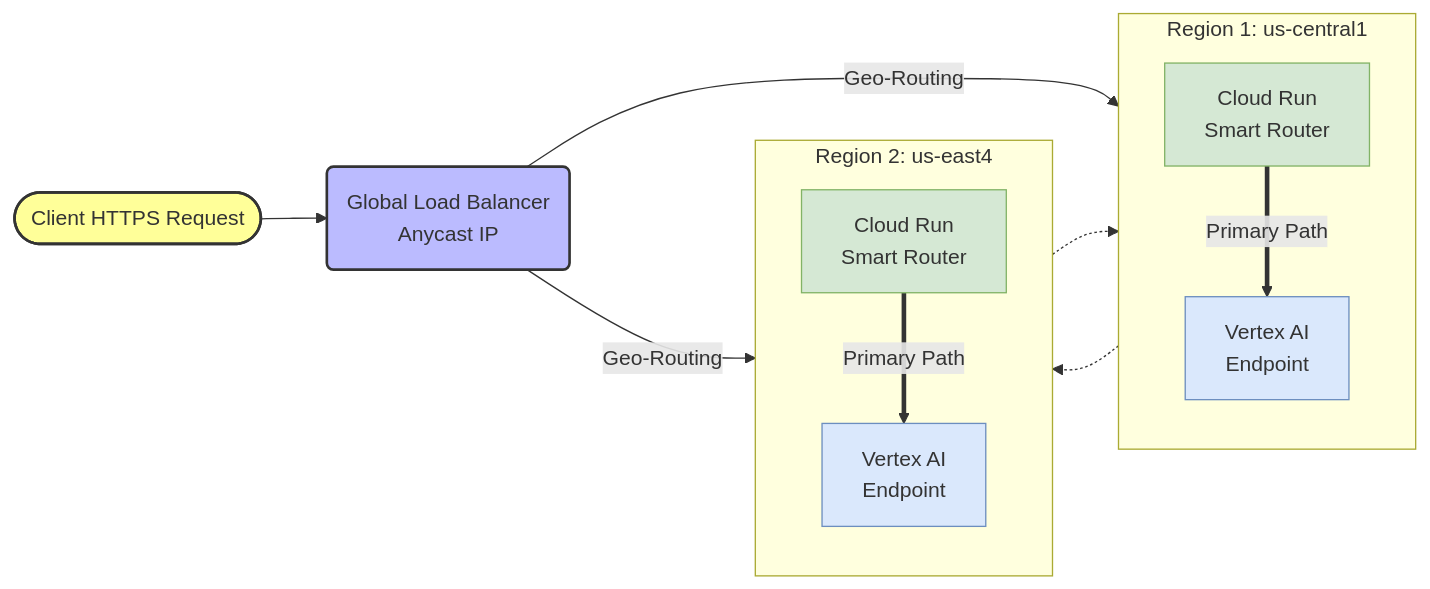
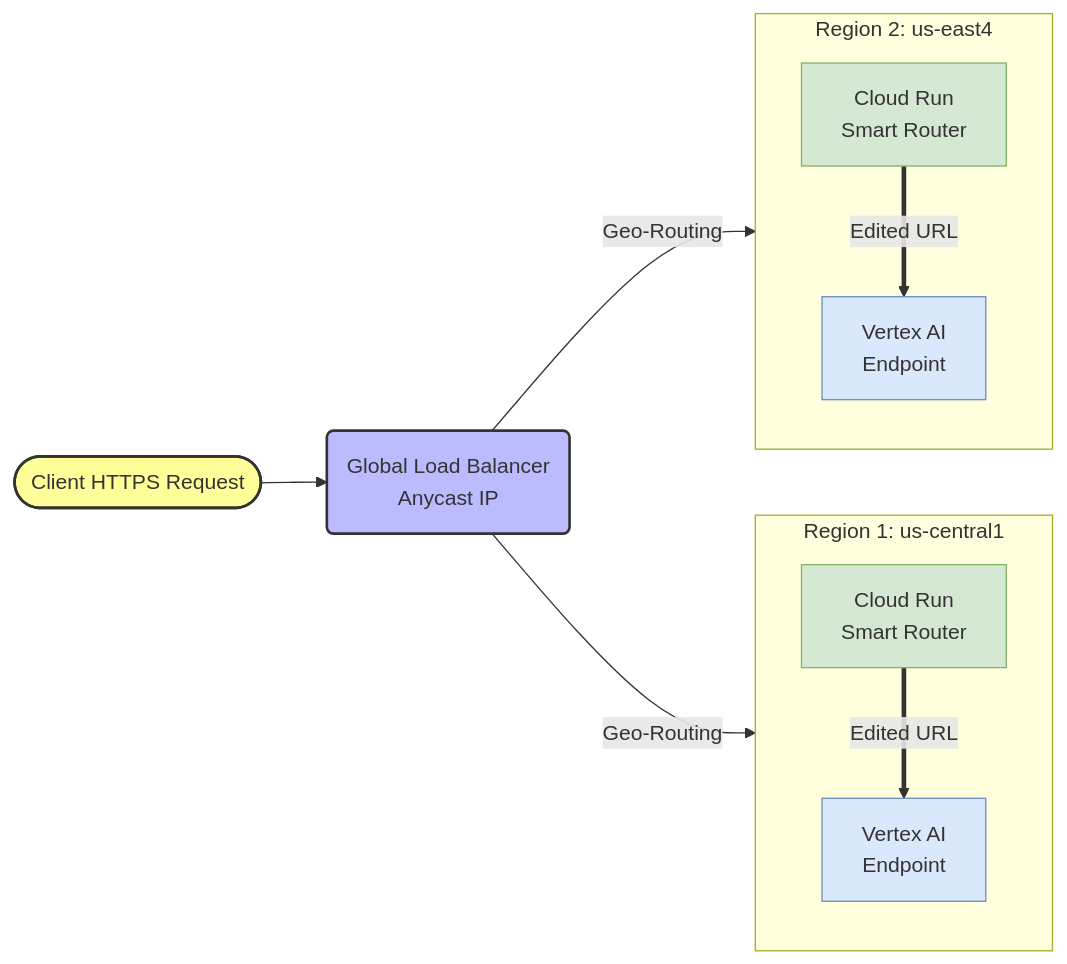
Before and after one commit to bernieongewe/vertex-ai-multi-regional-inference: the diagram in README.md, drawn with Mermaid.

Commit message:
Update primary paths to reflect edited URLs

````diff
--- a/README.md
+++ b/README.md
@@ -14,36 +14,32 @@
 ```mermaid
 flowchart LR
     Client([Client HTTPS Request]) --> GLB(Global Load Balancer<br/>Anycast IP)
 
     subgraph Region_1 [Region 1: us-central1]
         direction TB
         CR1[Cloud Run<br/>Smart Router]
         V1[Vertex AI<br/>Endpoint]
     end
 
     subgraph Region_2 [Region 2: us-east4]
         direction TB
         CR2[Cloud Run<br/>Smart Router]
         V2[Vertex AI<br/>Endpoint]
     end
 
     %% GLB Routing
     GLB -- Geo-Routing --> CR1
     GLB -- Geo-Routing --> CR2
 
     %% Primary Paths
-    CR1 == Primary Path ==> V1
-    CR2 == Primary Path ==> V2
-
-    %% Failover Paths (PSC Global Access)
-    CR1 -.-> V2
-    CR2 -.-> V1
+    CR1 == Edited URL ==> V1
+    CR2 == Edited URL ==> V2
 
     %% Styling
     style Client fill:#ff9,stroke:#333,stroke-width:2px
     style GLB fill:#bbf,stroke:#333,stroke-width:2px
     style CR1 fill:#d5e8d4,stroke:#82b366
     style CR2 fill:#d5e8d4,stroke:#82b366
     style V1 fill:#dae8fc,stroke:#6c8ebf
     style V2 fill:#dae8fc,stroke:#6c8ebf
 ```
````
